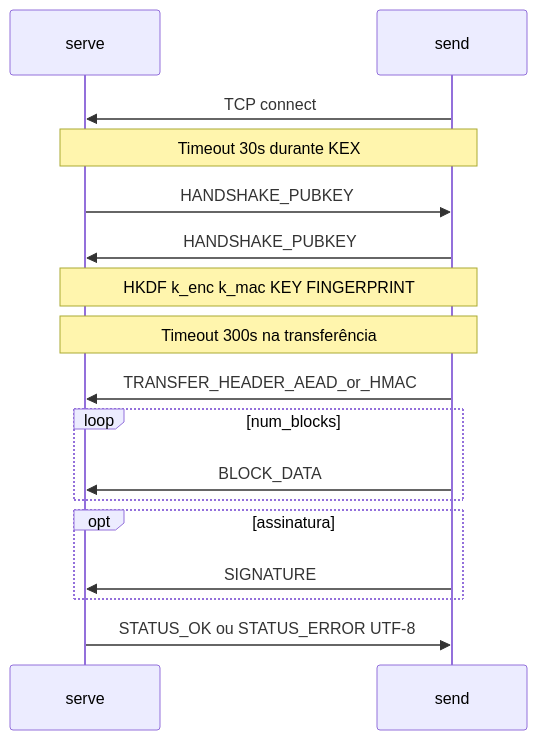
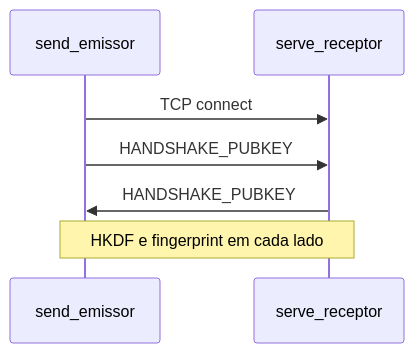
The second of 3 diagrams in readme.md (fefogaca/UBI_Ciber-TG), drawn with Mermaid before and after one commit. The commit also changed other lines of this file and 12 other files, not shown here.

````diff
--- a/readme.md
+++ b/readme.md
@@ -100,19 +260,9 @@
 ```mermaid
 sequenceDiagram
-  participant Receptor as serve
-  participant Emissor as send
-  Emissor->>Receptor: TCP connect
-  Note over Receptor,Emissor: Timeout 30s durante KEX
-  Receptor->>Emissor: HANDSHAKE_PUBKEY
-  Emissor->>Receptor: HANDSHAKE_PUBKEY
-  Note over Receptor,Emissor: HKDF k_enc k_mac KEY FINGERPRINT
-  Note over Receptor,Emissor: Timeout 300s na transferência
-  Emissor->>Receptor: TRANSFER_HEADER_AEAD_or_HMAC
-  loop num_blocks
-    Emissor->>Receptor: BLOCK_DATA
-  end
-  opt assinatura
-    Emissor->>Receptor: SIGNATURE
-  end
-  Receptor->>Emissor: STATUS_OK ou STATUS_ERROR UTF-8
+  participant send as send_emissor
+  participant serve as serve_receptor
+  send->>serve: TCP connect
+  send->>serve: HANDSHAKE_PUBKEY
+  serve->>send: HANDSHAKE_PUBKEY
+  Note over send,serve: HKDF e fingerprint em cada lado
 ```
````
